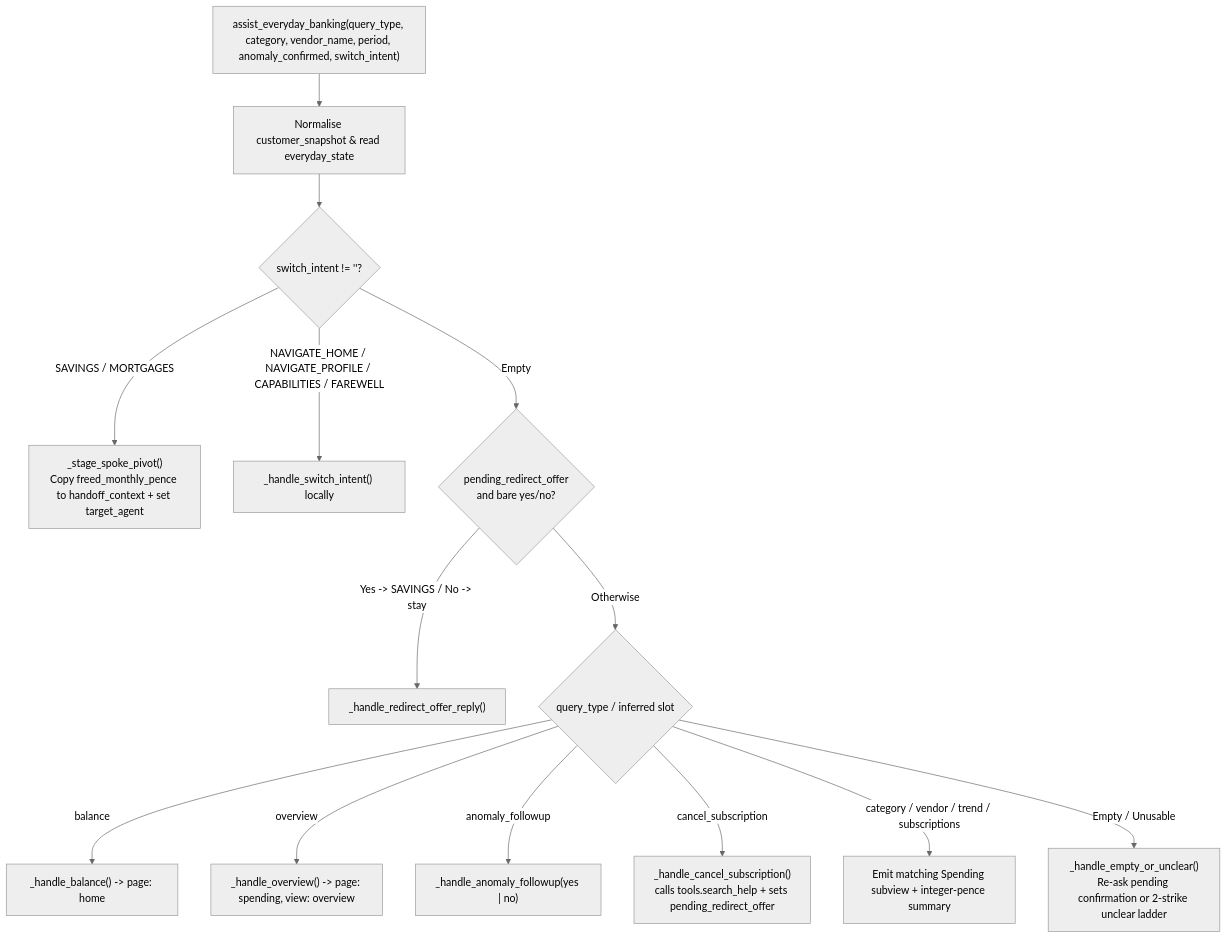
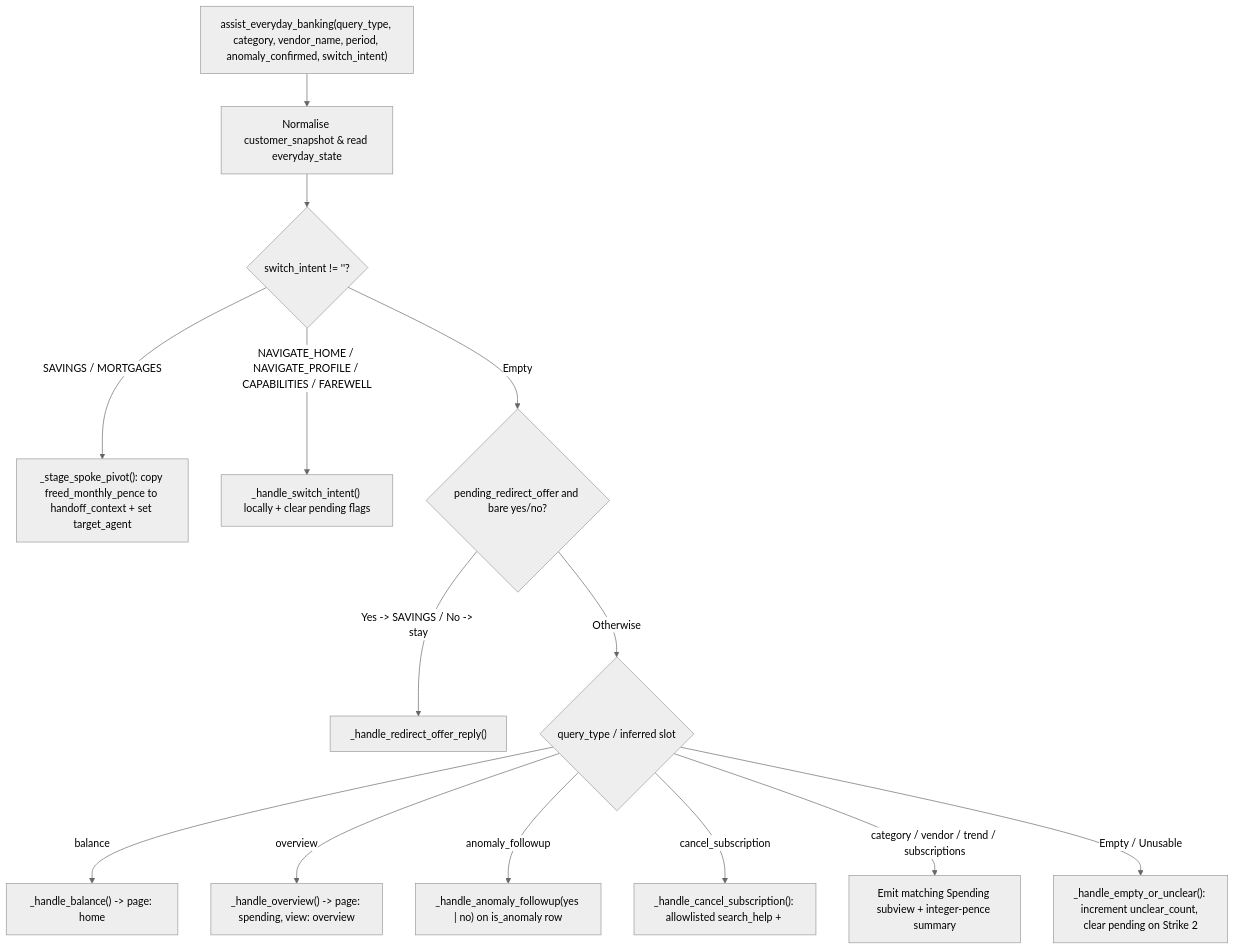
Before and after one commit to oliviervg1/gecx-bank-demo: the diagram in docs/tools/assist_everyday_banking.md, drawn with Mermaid (neutral theme). The commit also changed other lines of this file and 19 other files, not shown here.

````diff
--- a/docs/tools/assist_everyday_banking.md
+++ b/docs/tools/assist_everyday_banking.md
@@ -19,16 +19,16 @@
 ```mermaid
 flowchart TD
     Entry["assist_everyday_banking(query_type, category, vendor_name, period, anomaly_confirmed, switch_intent)"] --> Norm["Normalise customer_snapshot & read everyday_state"]
     Norm --> Switch{"switch_intent != ''?"}
-    Switch -->|"SAVINGS / MORTGAGES"| Pivot["_stage_spoke_pivot()<br/>Copy freed_monthly_pence to handoff_context + set target_agent"]
-    Switch -->|"NAVIGATE_HOME / NAVIGATE_PROFILE / CAPABILITIES / FAREWELL"| LocalNav["_handle_switch_intent() locally"]
-    Switch -->|"Empty"| Offer{"pending_redirect_offer<br/>and bare yes/no?"}
+    Switch -->|"SAVINGS / MORTGAGES"| Pivot["_stage_spoke_pivot(): copy freed_monthly_pence to handoff_context + set target_agent"]
+    Switch -->|"NAVIGATE_HOME / NAVIGATE_PROFILE / CAPABILITIES / FAREWELL"| LocalNav["_handle_switch_intent() locally + clear pending flags"]
+    Switch -->|"Empty"| Offer{"pending_redirect_offer and bare yes/no?"}
     Offer -->|"Yes -> SAVINGS / No -> stay"| OfferReply["_handle_redirect_offer_reply()"]
     Offer -->|"Otherwise"| Dispatch{"query_type / inferred slot"}
     Dispatch -->|"balance"| Bal["_handle_balance() -> page: home"]
     Dispatch -->|"overview"| Ov["_handle_overview() -> page: spending, view: overview"]
-    Dispatch -->|"anomaly_followup"| Anom["_handle_anomaly_followup(yes | no)"]
-    Dispatch -->|"cancel_subscription"| Cancel["_handle_cancel_subscription()<br/>calls tools.search_help + sets pending_redirect_offer"]
+    Dispatch -->|"anomaly_followup"| Anom["_handle_anomaly_followup(yes | no) on is_anomaly row"]
+    Dispatch -->|"cancel_subscription"| Cancel["_handle_cancel_subscription(): allowlisted search_help + <untrusted_web_snippet>"]
     Dispatch -->|"category / vendor / trend / subscriptions"| Views["Emit matching Spending subview + integer-pence summary"]
-    Dispatch -->|"Empty / Unusable"| Unclear["_handle_empty_or_unclear()<br/>Re-ask pending confirmation or 2-strike unclear ladder"]
+    Dispatch -->|"Empty / Unusable"| Unclear["_handle_empty_or_unclear(): increment unclear_count, clear pending on Strike 2"]
 ```
````
